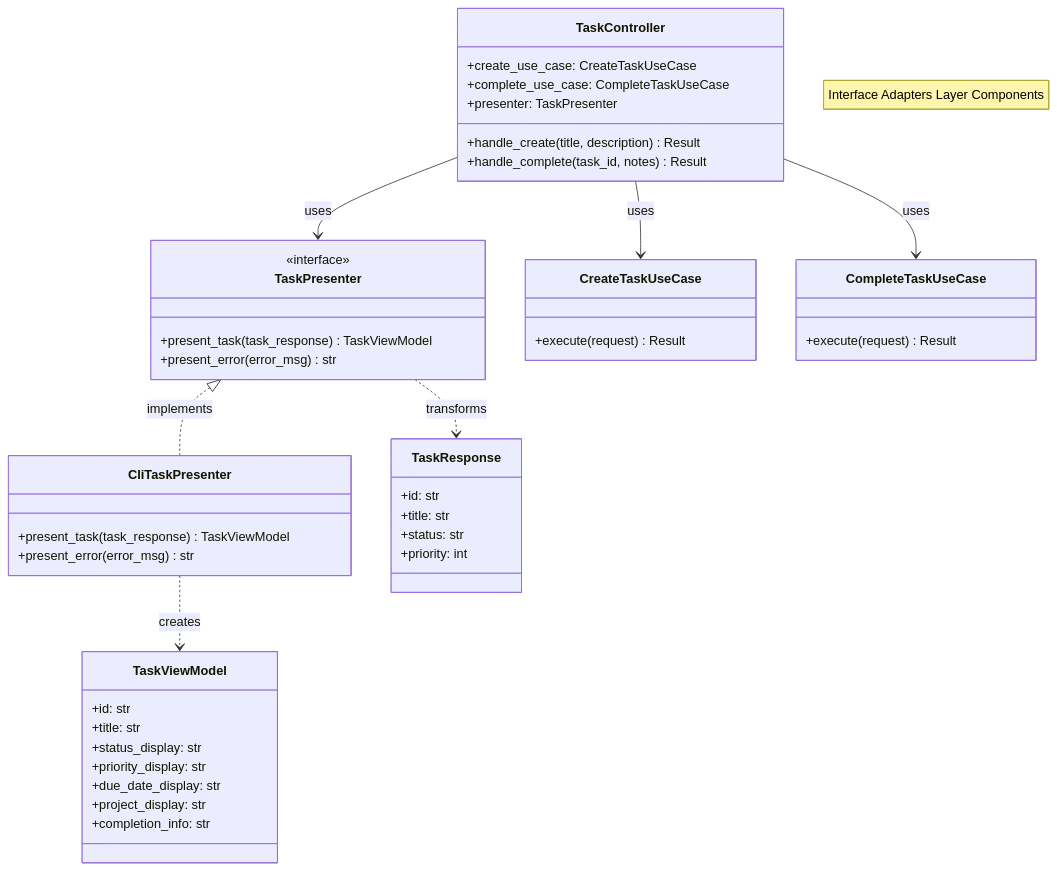
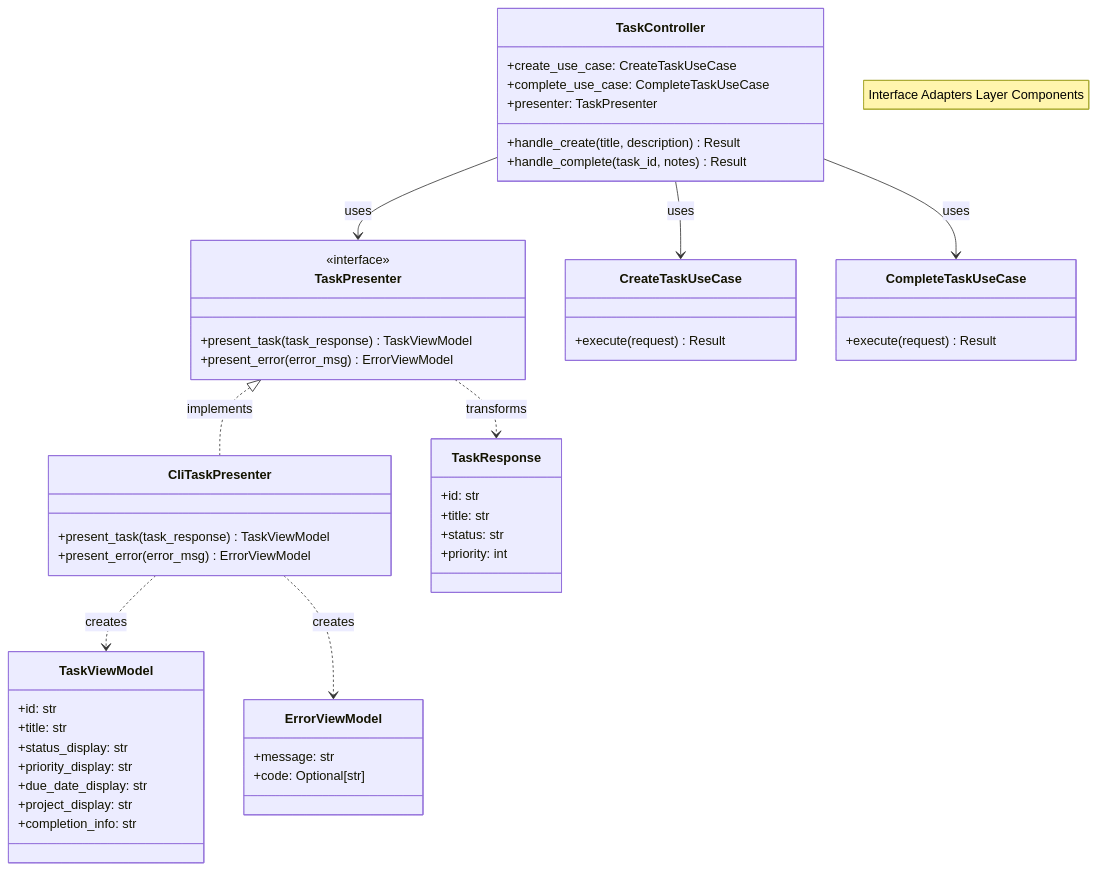
The second of 3 diagrams in Chapter_6/README.md (PacktPublishing/Clean-Architecture-with-Python), drawn with Mermaid before and after one commit. The commit also changed other lines of this file and 1 other file, not shown here.

````diff
--- a/Chapter_6/README.md
+++ b/Chapter_6/README.md
@@ -133,59 +133,65 @@
 ```mermaid
 classDiagram
     note "Interface Adapters Layer Components"
     
     %% Abstract Classes/Interfaces
     class TaskController {
         +create_use_case: CreateTaskUseCase
         +complete_use_case: CompleteTaskUseCase
         +presenter: TaskPresenter
         +handle_create(title, description) Result
         +handle_complete(task_id, notes) Result
     }
     
     class TaskPresenter {
         <<interface>>
         +present_task(task_response) TaskViewModel
-        +present_error(error_msg) str
+        +present_error(error_msg) ErrorViewModel
     }
     
     class TaskViewModel {
         +id: str
         +title: str
         +status_display: str
         +priority_display: str
         +due_date_display: str
         +project_display: str
         +completion_info: str
     }
+
+    class ErrorViewModel {
+        +message: str
+        +code: Optional[str]
+    }
     
     %% Concrete Implementations
     class CliTaskPresenter {
         +present_task(task_response) TaskViewModel
-        +present_error(error_msg) str
+        +present_error(error_msg) ErrorViewModel
     }
     
     %% Dependencies from Application Layer
     class CreateTaskUseCase {
         +execute(request) Result
     }
     
     class CompleteTaskUseCase {
         +execute(request) Result
     }
     
     class TaskResponse {
         +id: str
         +title: str
         +status: str
         +priority: int
     }
     
     %% Relationships
     TaskPresenter <|.. CliTaskPresenter : implements
     TaskController --> TaskPresenter : uses
     TaskController --> CreateTaskUseCase : uses
     TaskController --> CompleteTaskUseCase : uses
     CliTaskPresenter ..> TaskViewModel : creates
+    CliTaskPresenter ..> ErrorViewModel : creates
     TaskPresenter ..> TaskResponse : transforms
 ```
````
